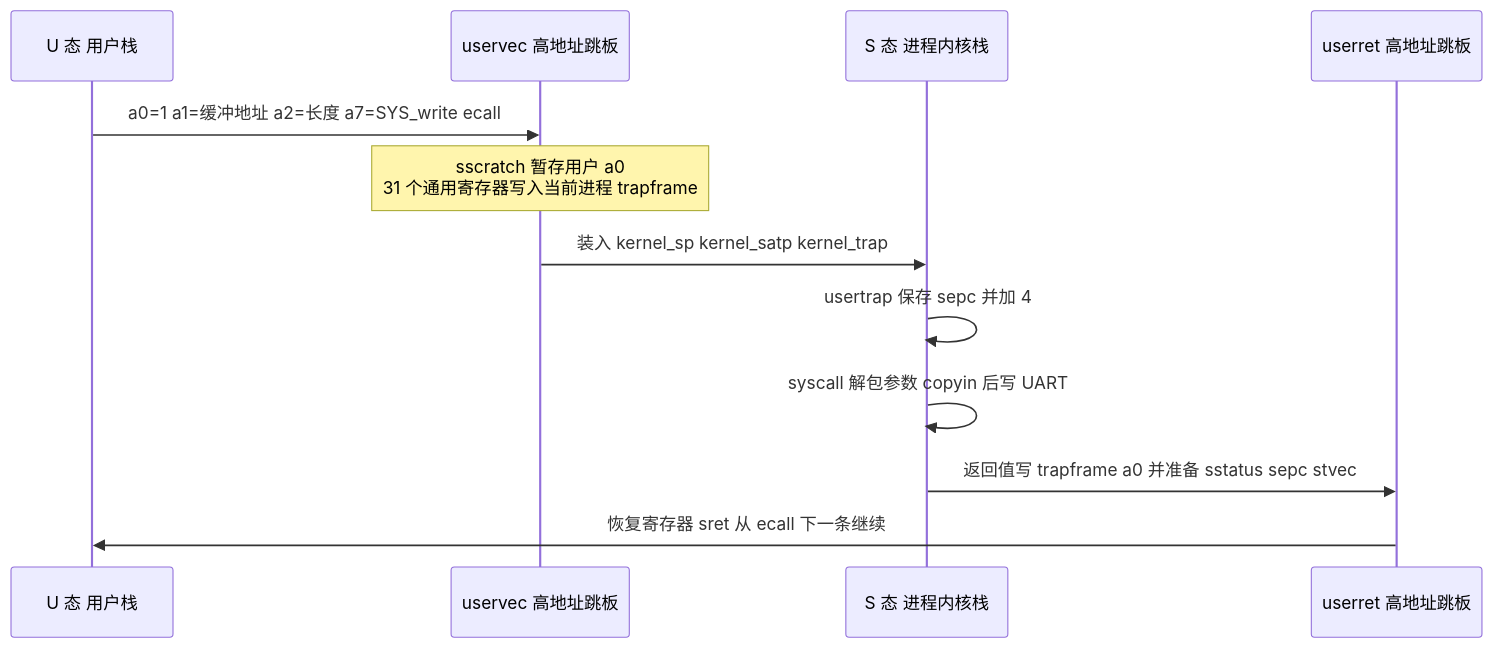
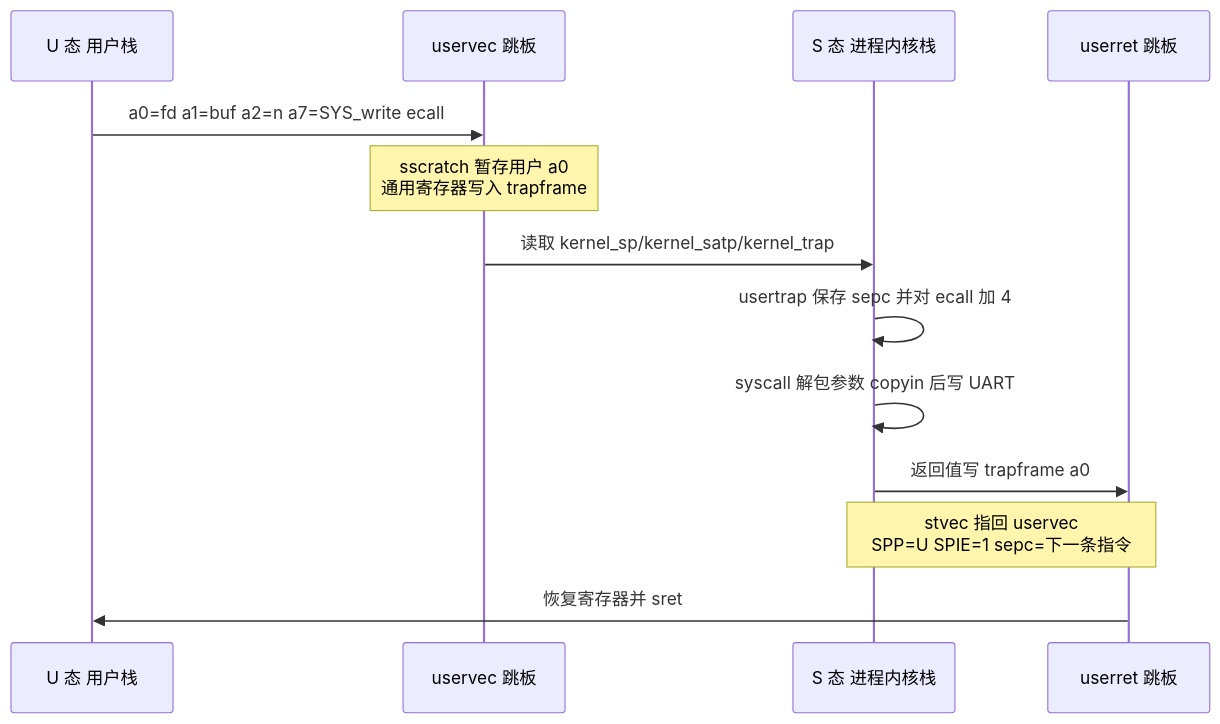
The first of 2 diagrams in notes/lab2/design.md (Neyray/oslab), drawn with Mermaid before and after one commit. The commit also changed other lines of this file and 3 other files, not shown here.

````diff
--- a/notes/lab2/design.md
+++ b/notes/lab2/design.md
@@ -5,14 +65,15 @@
 ```mermaid
 sequenceDiagram
     participant U as U 态 用户栈
-    participant V as uservec 高地址跳板
+    participant V as uservec 跳板
     participant K as S 态 进程内核栈
-    participant R as userret 高地址跳板
-    U->>V: a0=1 a1=缓冲地址 a2=长度 a7=SYS_write ecall
-    Note over V: sscratch 暂存用户 a0<br/>31 个通用寄存器写入当前进程 trapframe
-    V->>K: 装入 kernel_sp kernel_satp kernel_trap
-    K->>K: usertrap 保存 sepc 并加 4
+    participant R as userret 跳板
+    U->>V: a0=fd a1=buf a2=n a7=SYS_write ecall
+    Note over V: sscratch 暂存用户 a0<br/>通用寄存器写入 trapframe
+    V->>K: 读取 kernel_sp/kernel_satp/kernel_trap
+    K->>K: usertrap 保存 sepc 并对 ecall 加 4
     K->>K: syscall 解包参数 copyin 后写 UART
-    K->>R: 返回值写 trapframe a0 并准备 sstatus sepc stvec
-    R->>U: 恢复寄存器 sret 从 ecall 下一条继续
+    K->>R: 返回值写 trapframe a0
+    Note over K,R: stvec 指回 uservec<br/>SPP=U SPIE=1 sepc=下一条指令
+    R->>U: 恢复寄存器并 sret
 ```
````
